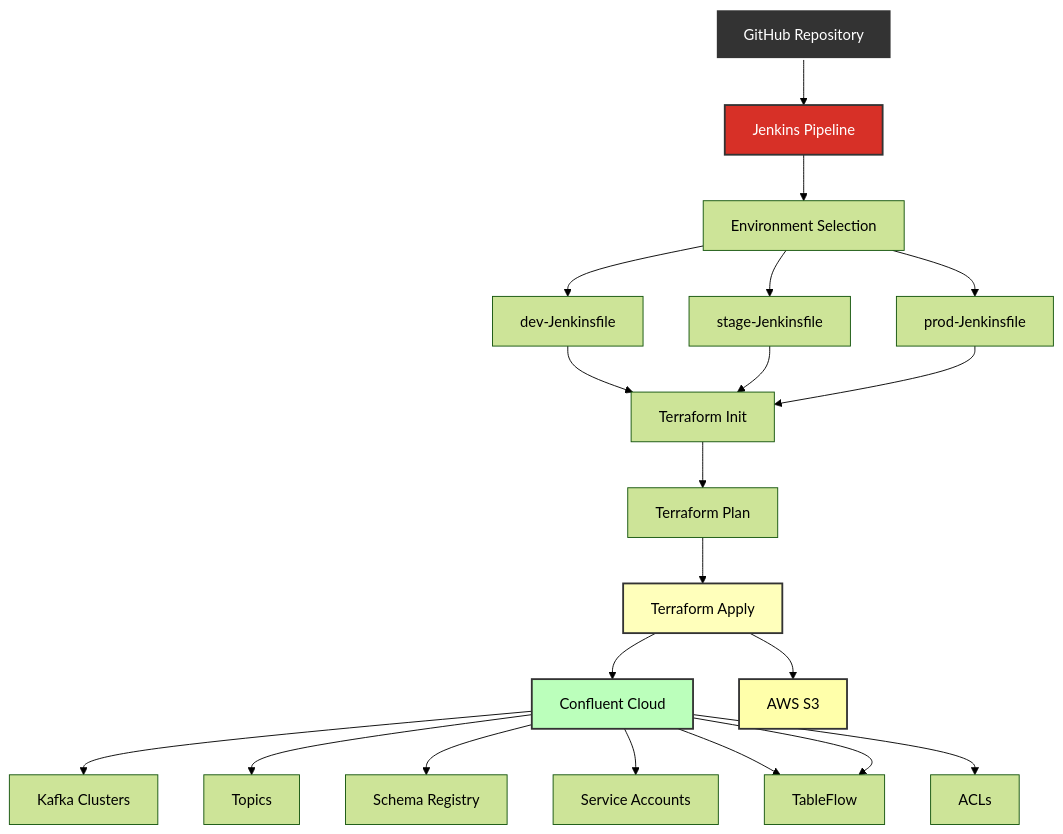
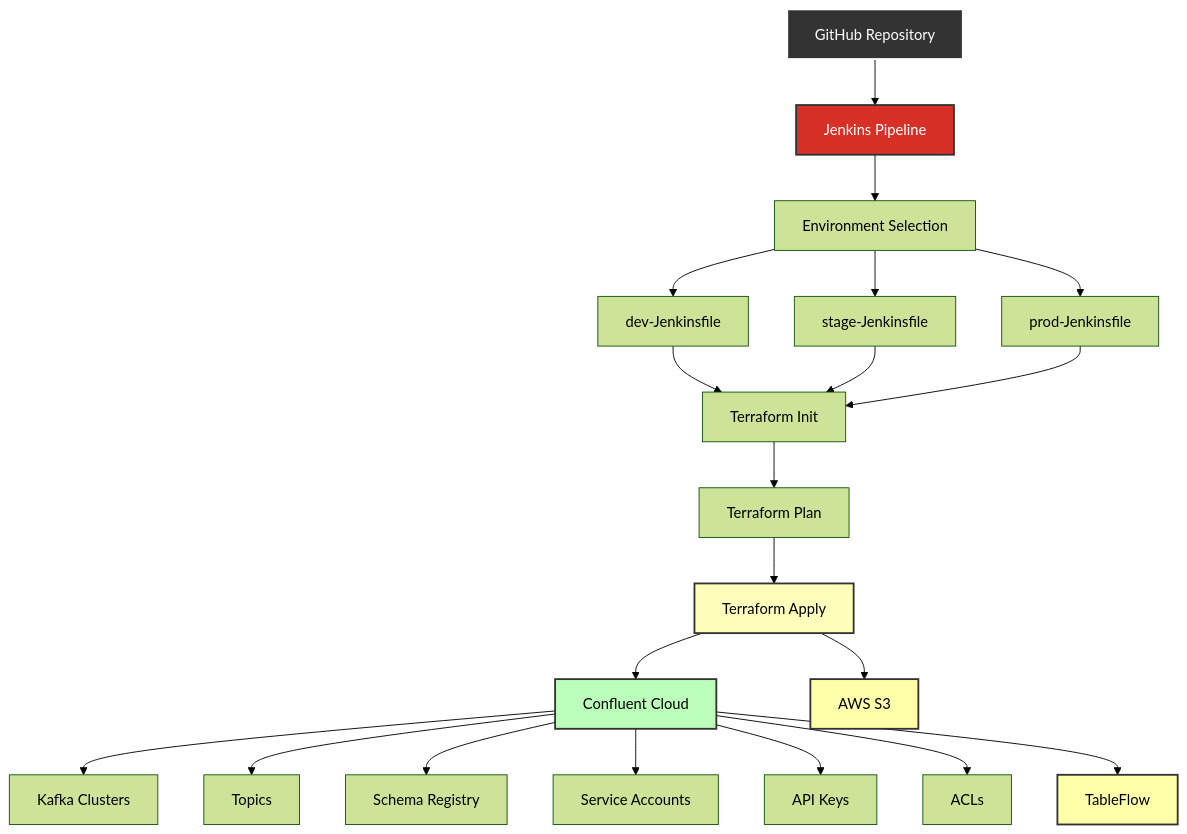
Before and after one commit to ssantrosyan777/confluent-provisioning: the diagram in README.md, drawn with Mermaid (forest theme).

````diff
--- a/README.md
+++ b/README.md
@@ -62,28 +62,29 @@
 ```mermaid
 graph TD
     A[GitHub Repository] --> B[Jenkins Pipeline]
     B --> C[Environment Selection]
     C --> D[dev-Jenkinsfile]
     C --> E[stage-Jenkinsfile]
     C --> F[prod-Jenkinsfile]
     D --> G[Terraform Init]
     E --> G
     F --> G
     G --> H[Terraform Plan]
     H --> I[Terraform Apply]
     I --> J[Confluent Cloud]
     I --> Q[AWS S3]
     J --> K[Kafka Clusters]
     J --> L[Topics]
     J --> M[Schema Registry]
     J --> N[Service Accounts]
     J --> O[API Keys]
     J --> P[ACLs]
-    J --> O[TableFlow]
+    J --> R[TableFlow]
     
     style A fill:#333,stroke:#fff,stroke-width:2px,color:#fff
     style B fill:#d73027,stroke:#333,stroke-width:2px,color:#fff
     style J fill:#bfb,stroke:#333,stroke-width:2px
     style I fill:#ffb,stroke:#333,stroke-width:2px
     style Q fill:#ffa,stroke:#333,stroke-width:2px
+    style R fill:#ffa,stroke:#333,stroke-width:2px
 ```
````
